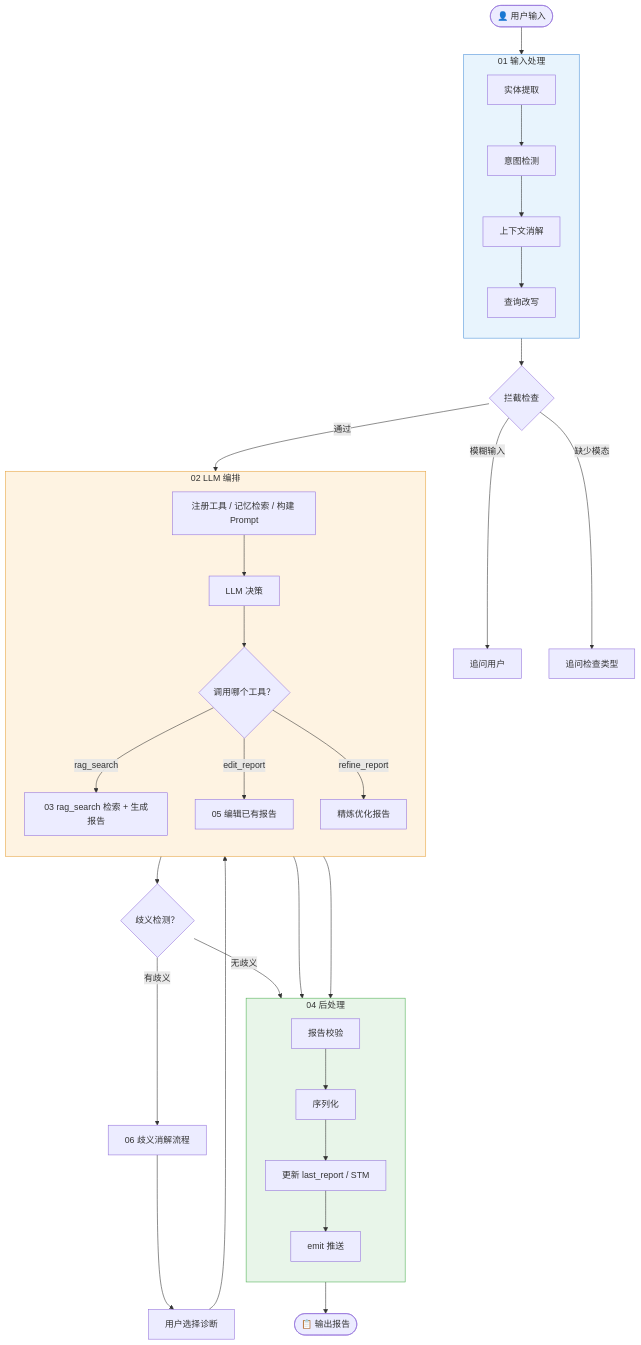
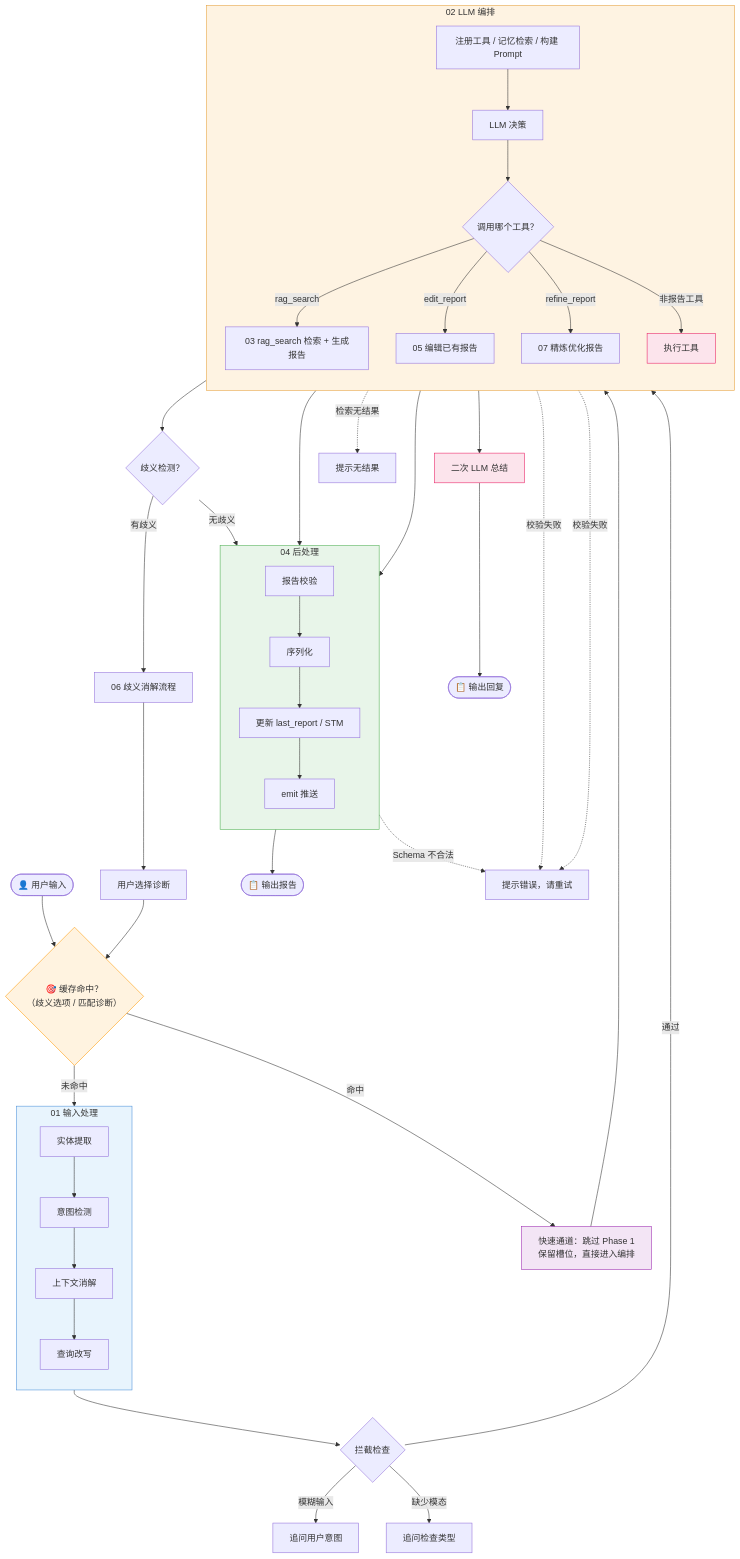
The diagram in docs/uml/00_overview.md (cw12309/report-generation), drawn with Mermaid before and after one commit. The commit also changed other lines of this file and 15 other files, not shown here.

````diff
--- a/docs/uml/00_overview.md
+++ b/docs/uml/00_overview.md
@@ -3,43 +3,61 @@
 ```mermaid
 flowchart TD
-    START([👤 用户输入]) --> P1
+    START([👤 用户输入]) --> CACHE{"🎯 缓存命中？<br/>（歧义选项 / 匹配诊断）"}
+
+    CACHE -->|命中| FAST["快速通道：跳过 Phase 1<br/>保留槽位，直接进入编排"]
+    CACHE -->|未命中| P1
 
     subgraph P1["01 输入处理"]
         direction TB
         A1["实体提取"] --> A2["意图检测"] --> A3["上下文消解"] --> A4["查询改写"]
     end
 
     P1 --> INTERCEPT{"拦截检查"}
-    INTERCEPT -->|模糊输入| ASK1["追问用户"]
+    INTERCEPT -->|模糊输入| ASK1["追问用户意图"]
     INTERCEPT -->|缺少模态| ASK2["追问检查类型"]
     INTERCEPT -->|通过| P2
+
+    FAST --> P2
 
     subgraph P2["02 LLM 编排"]
         direction TB
         B1["注册工具 / 记忆检索 / 构建 Prompt"] --> B2["LLM 决策"]
         B2 --> B3{"调用哪个工具？"}
         B3 -->|rag_search| RAG["03 rag_search 检索 + 生成报告"]
         B3 -->|edit_report| EDIT["05 编辑已有报告"]
-        B3 -->|refine_report| REFINE["精炼优化报告"]
+        B3 -->|refine_report| REFINE["07 精炼优化报告"]
+        B3 -->|非报告工具| NON_REPORT["执行工具"]
     end
 
     RAG --> AMB{"歧义检测？"}
     AMB -->|有歧义| AMB_FLOW["06 歧义消解流程"]
     AMB_FLOW --> USER_SEL["用户选择诊断"]
-    USER_SEL --> RAG
+    USER_SEL --> CACHE
     AMB -->|无歧义| P3
 
     EDIT --> P3
     REFINE --> P3
 
     subgraph P3["04 后处理"]
         direction TB
         C1["报告校验"] --> C2["序列化"] --> C3["更新 last_report / STM"] --> C4["emit 推送"]
     end
 
     P3 --> END([📋 输出报告])
 
+    NON_REPORT --> LLM2["二次 LLM 总结"]
+    LLM2 --> END2([📋 输出回复])
+
+    RAG -.->|检索无结果| ERR1["提示无结果"]
+    EDIT -.->|校验失败| ERR2["提示错误，请重试"]
+    REFINE -.->|校验失败| ERR2
+    P3 -.->|Schema 不合法| ERR2
+
     style P1 fill:#e8f4fd,stroke:#4a90d9
     style P2 fill:#fef3e2,stroke:#e6a23c
     style P3 fill:#e8f5e9,stroke:#4caf50
+    style FAST fill:#f3e5f5,stroke:#9c27b0
+    style CACHE fill:#fff3e0,stroke:#ff9800
+    style NON_REPORT fill:#fce4ec,stroke:#e91e63
+    style LLM2 fill:#fce4ec,stroke:#e91e63
 ```
````
